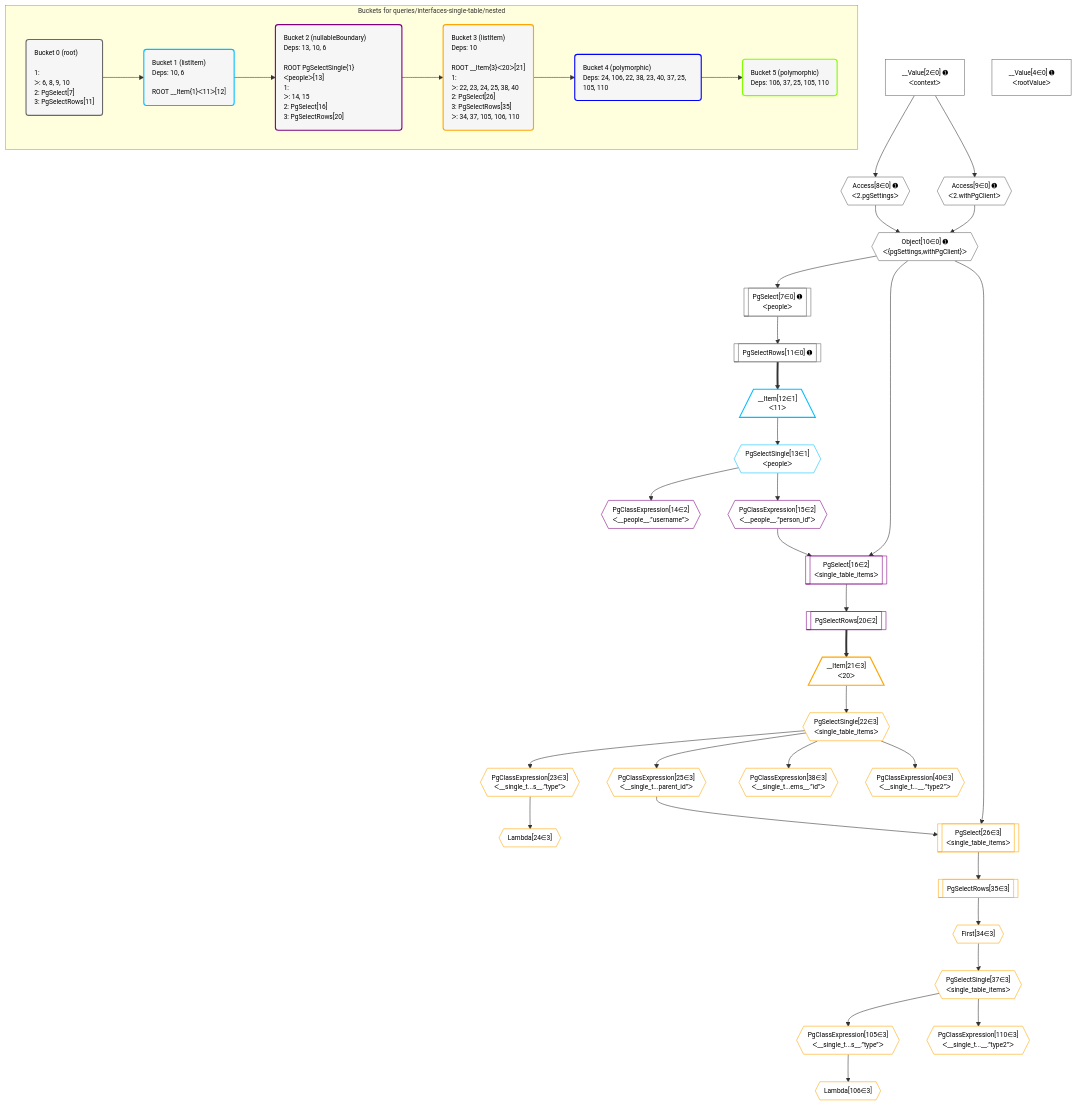
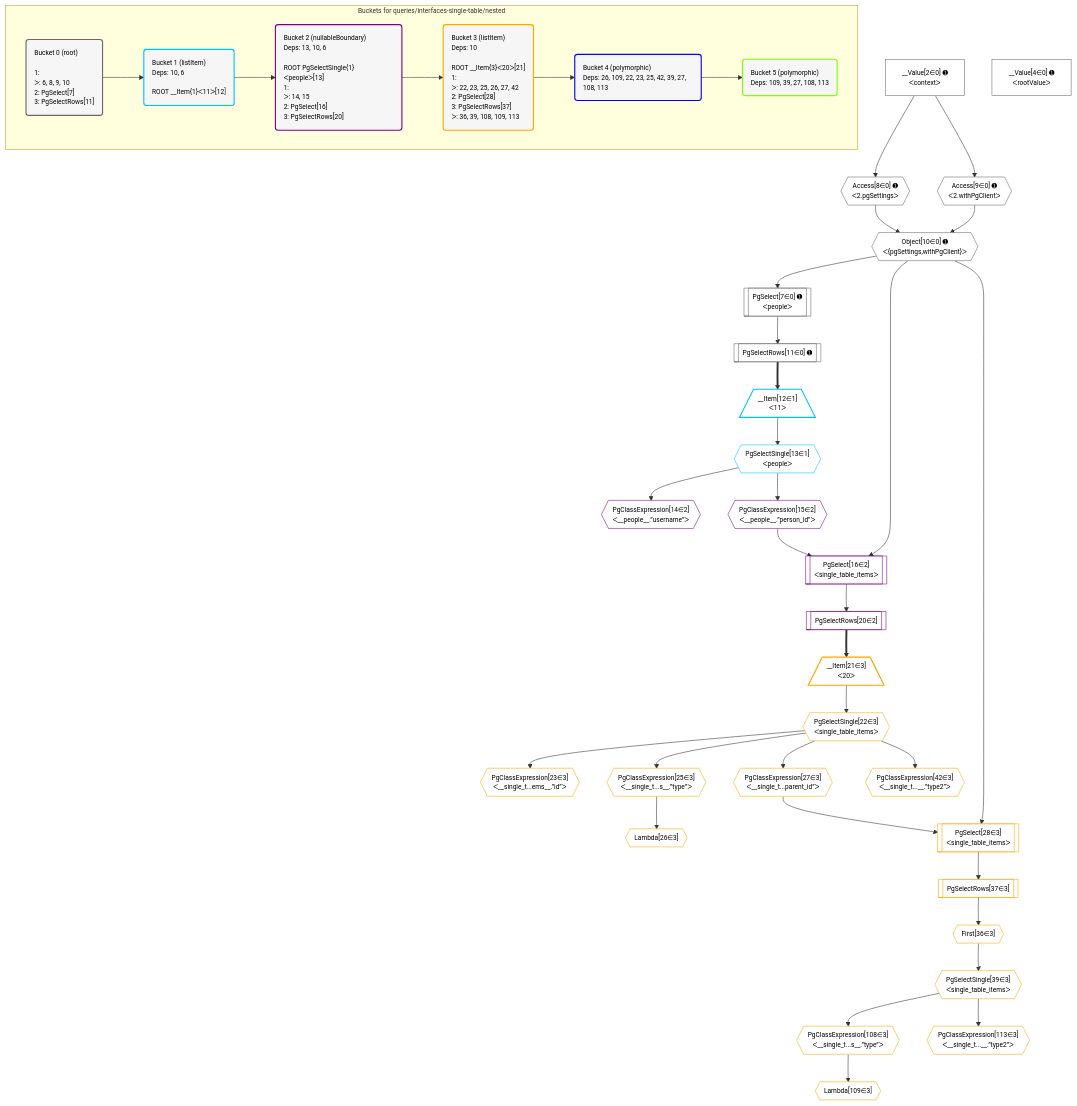
The diagram in grafast/dataplan-pg/__tests__/queries/interfaces-single-table/nested.deopt.mermaid (graphile/crystal), drawn with Mermaid before and after one commit. The commit also changed 38 other files, not shown here.

Commit message:
Update mermaid plans and exports

```diff
--- a/grafast/dataplan-pg/__tests__/queries/interfaces-single-table/nested.deopt.mermaid
+++ b/grafast/dataplan-pg/__tests__/queries/interfaces-single-table/nested.deopt.mermaid
@@ -1,90 +1,90 @@
 %%{init: {'themeVariables': { 'fontSize': '12px'}}}%%
 graph TD
     classDef path fill:#eee,stroke:#000,color:#000
     classDef plan fill:#fff,stroke-width:1px,color:#000
     classDef itemplan fill:#fff,stroke-width:2px,color:#000
     classDef unbatchedplan fill:#dff,stroke-width:1px,color:#000
     classDef sideeffectplan fill:#fcc,stroke-width:2px,color:#000
     classDef bucket fill:#f6f6f6,color:#000,stroke-width:2px,text-align:left
 
     subgraph "Buckets for queries/interfaces-single-table/nested"
     Bucket0("Bucket 0 (root)<br /><br />1: <br />ᐳ: 6, 8, 9, 10<br />2: PgSelect[7]<br />3: PgSelectRows[11]"):::bucket
     Bucket1("Bucket 1 (listItem)<br />Deps: 10, 6<br /><br />ROOT __Item{1}ᐸ11ᐳ[12]"):::bucket
     Bucket2("Bucket 2 (nullableBoundary)<br />Deps: 13, 10, 6<br /><br />ROOT PgSelectSingle{1}ᐸpeopleᐳ[13]<br />1: <br />ᐳ: 14, 15<br />2: PgSelect[16]<br />3: PgSelectRows[20]"):::bucket
-    Bucket3("Bucket 3 (listItem)<br />Deps: 10<br /><br />ROOT __Item{3}ᐸ20ᐳ[21]<br />1: <br />ᐳ: 22, 23, 24, 25, 38, 40<br />2: PgSelect[26]<br />3: PgSelectRows[35]<br />ᐳ: 34, 37, 105, 106, 110"):::bucket
-    Bucket4("Bucket 4 (polymorphic)<br />Deps: 24, 106, 22, 38, 23, 40, 37, 25, 105, 110"):::bucket
-    Bucket5("Bucket 5 (polymorphic)<br />Deps: 106, 37, 25, 105, 110"):::bucket
+    Bucket3("Bucket 3 (listItem)<br />Deps: 10<br /><br />ROOT __Item{3}ᐸ20ᐳ[21]<br />1: <br />ᐳ: 22, 23, 25, 26, 27, 42<br />2: PgSelect[28]<br />3: PgSelectRows[37]<br />ᐳ: 36, 39, 108, 109, 113"):::bucket
+    Bucket4("Bucket 4 (polymorphic)<br />Deps: 26, 109, 22, 23, 25, 42, 39, 27, 108, 113"):::bucket
+    Bucket5("Bucket 5 (polymorphic)<br />Deps: 109, 39, 27, 108, 113"):::bucket
     end
     Bucket0 --> Bucket1
     Bucket1 --> Bucket2
     Bucket2 --> Bucket3
     Bucket3 --> Bucket4
     Bucket4 --> Bucket5
 
     %% plan dependencies
     PgSelect7[["PgSelect[7∈0] ➊<br />ᐸpeopleᐳ"]]:::plan
     Object10{{"Object[10∈0] ➊<br />ᐸ{pgSettings,withPgClient}ᐳ"}}:::plan
     Object10 --> PgSelect7
     Access8{{"Access[8∈0] ➊<br />ᐸ2.pgSettingsᐳ"}}:::plan
     Access9{{"Access[9∈0] ➊<br />ᐸ2.withPgClientᐳ"}}:::plan
     Access8 & Access9 --> Object10
     __Value2["__Value[2∈0] ➊<br />ᐸcontextᐳ"]:::plan
     __Value2 --> Access8
     __Value2 --> Access9
     PgSelectRows11[["PgSelectRows[11∈0] ➊"]]:::plan
     PgSelect7 --> PgSelectRows11
     __Value4["__Value[4∈0] ➊<br />ᐸrootValueᐳ"]:::plan
     __Item12[/"__Item[12∈1]<br />ᐸ11ᐳ"\]:::itemplan
     PgSelectRows11 ==> __Item12
     PgSelectSingle13{{"PgSelectSingle[13∈1]<br />ᐸpeopleᐳ"}}:::plan
     __Item12 --> PgSelectSingle13
     PgSelect16[["PgSelect[16∈2]<br />ᐸsingle_table_itemsᐳ"]]:::plan
     PgClassExpression15{{"PgClassExpression[15∈2]<br />ᐸ__people__.”person_id”ᐳ"}}:::plan
     Object10 & PgClassExpression15 --> PgSelect16
     PgClassExpression14{{"PgClassExpression[14∈2]<br />ᐸ__people__.”username”ᐳ"}}:::plan
     PgSelectSingle13 --> PgClassExpression14
     PgSelectSingle13 --> PgClassExpression15
     PgSelectRows20[["PgSelectRows[20∈2]"]]:::plan
     PgSelect16 --> PgSelectRows20
-    PgSelect26[["PgSelect[26∈3]<br />ᐸsingle_table_itemsᐳ"]]:::plan
-    PgClassExpression25{{"PgClassExpression[25∈3]<br />ᐸ__single_t...parent_id”ᐳ"}}:::plan
-    Object10 & PgClassExpression25 --> PgSelect26
+    PgSelect28[["PgSelect[28∈3]<br />ᐸsingle_table_itemsᐳ"]]:::plan
+    PgClassExpression27{{"PgClassExpression[27∈3]<br />ᐸ__single_t...parent_id”ᐳ"}}:::plan
+    Object10 & PgClassExpression27 --> PgSelect28
     __Item21[/"__Item[21∈3]<br />ᐸ20ᐳ"\]:::itemplan
     PgSelectRows20 ==> __Item21
     PgSelectSingle22{{"PgSelectSingle[22∈3]<br />ᐸsingle_table_itemsᐳ"}}:::plan
     __Item21 --> PgSelectSingle22
-    PgClassExpression23{{"PgClassExpression[23∈3]<br />ᐸ__single_t...s__.”type”ᐳ"}}:::plan
+    PgClassExpression23{{"PgClassExpression[23∈3]<br />ᐸ__single_t...ems__.”id”ᐳ"}}:::plan
     PgSelectSingle22 --> PgClassExpression23
-    Lambda24{{"Lambda[24∈3]"}}:::plan
-    PgClassExpression23 --> Lambda24
+    PgClassExpression25{{"PgClassExpression[25∈3]<br />ᐸ__single_t...s__.”type”ᐳ"}}:::plan
     PgSelectSingle22 --> PgClassExpression25
-    First34{{"First[34∈3]"}}:::plan
-    PgSelectRows35[["PgSelectRows[35∈3]"]]:::plan
-    PgSelectRows35 --> First34
-    PgSelect26 --> PgSelectRows35
-    PgSelectSingle37{{"PgSelectSingle[37∈3]<br />ᐸsingle_table_itemsᐳ"}}:::plan
-    First34 --> PgSelectSingle37
-    PgClassExpression38{{"PgClassExpression[38∈3]<br />ᐸ__single_t...ems__.”id”ᐳ"}}:::plan
-    PgSelectSingle22 --> PgClassExpression38
-    PgClassExpression40{{"PgClassExpression[40∈3]<br />ᐸ__single_t...__.”type2”ᐳ"}}:::plan
-    PgSelectSingle22 --> PgClassExpression40
-    PgClassExpression105{{"PgClassExpression[105∈3]<br />ᐸ__single_t...s__.”type”ᐳ"}}:::plan
-    PgSelectSingle37 --> PgClassExpression105
-    Lambda106{{"Lambda[106∈3]"}}:::plan
-    PgClassExpression105 --> Lambda106
-    PgClassExpression110{{"PgClassExpression[110∈3]<br />ᐸ__single_t...__.”type2”ᐳ"}}:::plan
-    PgSelectSingle37 --> PgClassExpression110
+    Lambda26{{"Lambda[26∈3]"}}:::plan
+    PgClassExpression25 --> Lambda26
+    PgSelectSingle22 --> PgClassExpression27
+    First36{{"First[36∈3]"}}:::plan
+    PgSelectRows37[["PgSelectRows[37∈3]"]]:::plan
+    PgSelectRows37 --> First36
+    PgSelect28 --> PgSelectRows37
+    PgSelectSingle39{{"PgSelectSingle[39∈3]<br />ᐸsingle_table_itemsᐳ"}}:::plan
+    First36 --> PgSelectSingle39
+    PgClassExpression42{{"PgClassExpression[42∈3]<br />ᐸ__single_t...__.”type2”ᐳ"}}:::plan
+    PgSelectSingle22 --> PgClassExpression42
+    PgClassExpression108{{"PgClassExpression[108∈3]<br />ᐸ__single_t...s__.”type”ᐳ"}}:::plan
+    PgSelectSingle39 --> PgClassExpression108
+    Lambda109{{"Lambda[109∈3]"}}:::plan
+    PgClassExpression108 --> Lambda109
+    PgClassExpression113{{"PgClassExpression[113∈3]<br />ᐸ__single_t...__.”type2”ᐳ"}}:::plan
+    PgSelectSingle39 --> PgClassExpression113
 
     %% define steps
     classDef bucket0 stroke:#696969
     class Bucket0,__Value2,__Value4,PgSelect7,Access8,Access9,Object10,PgSelectRows11 bucket0
     classDef bucket1 stroke:#00bfff
     class Bucket1,__Item12,PgSelectSingle13 bucket1
     classDef bucket2 stroke:#7f007f
     class Bucket2,PgClassExpression14,PgClassExpression15,PgSelect16,PgSelectRows20 bucket2
     classDef bucket3 stroke:#ffa500
-    class Bucket3,__Item21,PgSelectSingle22,PgClassExpression23,Lambda24,PgClassExpression25,PgSelect26,First34,PgSelectRows35,PgSelectSingle37,PgClassExpression38,PgClassExpression40,PgClassExpression105,Lambda106,PgClassExpression110 bucket3
+    class Bucket3,__Item21,PgSelectSingle22,PgClassExpression23,PgClassExpression25,Lambda26,PgClassExpression27,PgSelect28,First36,PgSelectRows37,PgSelectSingle39,PgClassExpression42,PgClassExpression108,Lambda109,PgClassExpression113 bucket3
     classDef bucket4 stroke:#0000ff
     class Bucket4 bucket4
     classDef bucket5 stroke:#7fff00
     class Bucket5 bucket5
```
